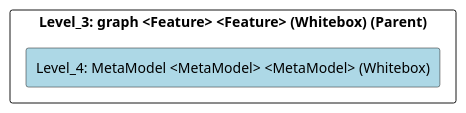
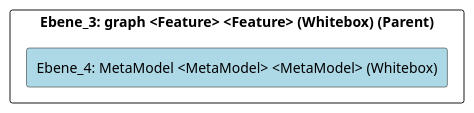
The diagram in doc/cleonproject_deliverables_architecture_model_architecture/adoc/de/05_bausteinsicht/cleon/modeling_languages/graph/metamodel/ebene_4_metamodel.adoc (marcozwyssig/cleon), drawn with PlantUML before and after one commit. The commit also changed other lines of this file and 214 other files, not shown here.

```diff
--- a/doc/cleonproject_deliverables_architecture_model_architecture/adoc/de/05_bausteinsicht/cleon/modeling_languages/graph/metamodel/ebene_4_metamodel.adoc
+++ b/doc/cleonproject_deliverables_architecture_model_architecture/adoc/de/05_bausteinsicht/cleon/modeling_languages/graph/metamodel/ebene_4_metamodel.adoc
@@ -20,24 +20,24 @@
-[plantuml, Level_4: MetaModel <MetaModel> <MetaModel> (Whitebox)BlockOverview, format="svg"]
+[plantuml, Ebene_4: MetaModel <MetaModel> <MetaModel> (Whitebox)BlockOverview, format="svg"]
 ----
-@startuml Level_4: MetaModel <MetaModel> <MetaModel> (Whitebox)BuildingBlockOverview
+@startuml Ebene_4: MetaModel <MetaModel> <MetaModel> (Whitebox)BuildingBlockOverview
 
 skinparam ranksep 10
 skinparam componentStyle rectangle
 skinparam shadowing false
 skinparam arrowColor lightblue
 skinparam arrowThickness 1.2
 skinparam rectangle {
   BackgroundColor White
   BorderColor #333
   RoundCorner 10
 }
 top to bottom direction
 
-component "Level_3: graph <Feature> <Feature> (Whitebox) (Parent)" {
-    component "Level_4: MetaModel <MetaModel> <MetaModel> (Whitebox)" #lightblue {
+component "Ebene_3: graph <Feature> <Feature> (Whitebox) (Parent)" {
+    component "Ebene_4: MetaModel <MetaModel> <MetaModel> (Whitebox)" #lightblue {
     }
 
 }
 
 @enduml
 ----
```
